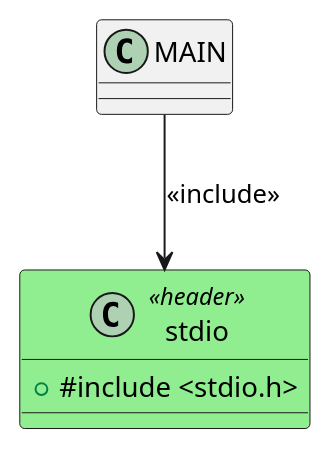
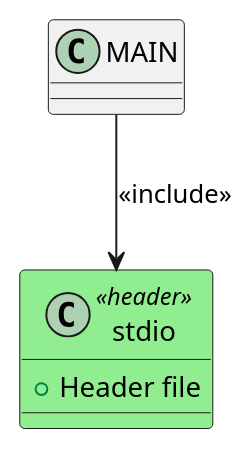
The third of 3 diagrams in test_typedef_example.md (fischerjooo/c2puml), drawn with PlantUML before and after one commit. The commit also changed other lines of this file and 3 other files, not shown here.

````diff
--- a/test_typedef_example.md
+++ b/test_typedef_example.md
@@ -57,8 +57,8 @@
 ```plantuml
 class "stdio" as STDIO <<header>> #LightGreen
 {
-    + #include <stdio.h>
+    + Header file
 }
 
 MAIN --> STDIO : <<include>>
 ```
````
